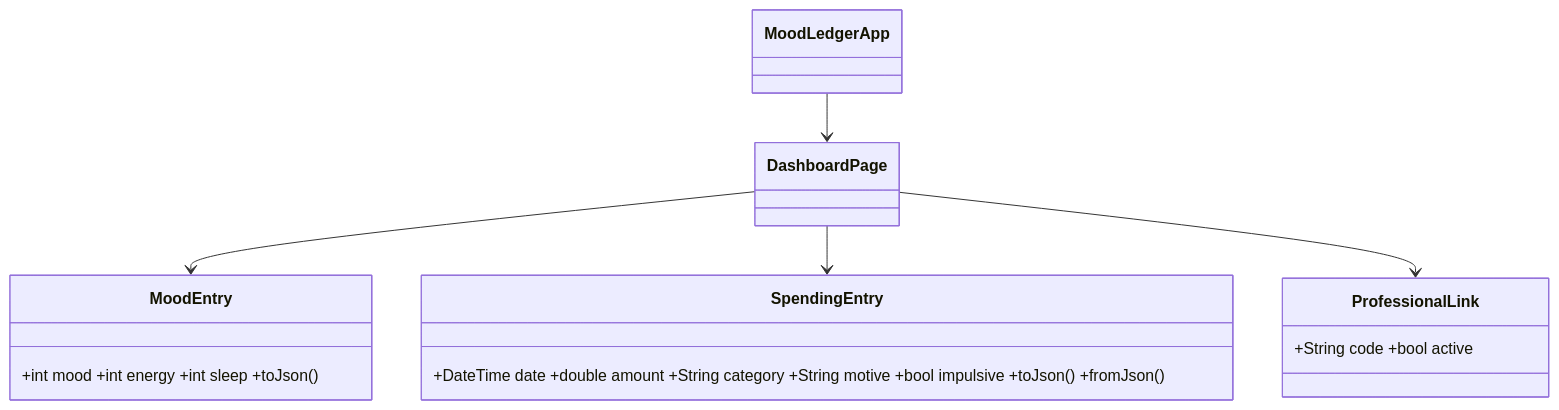
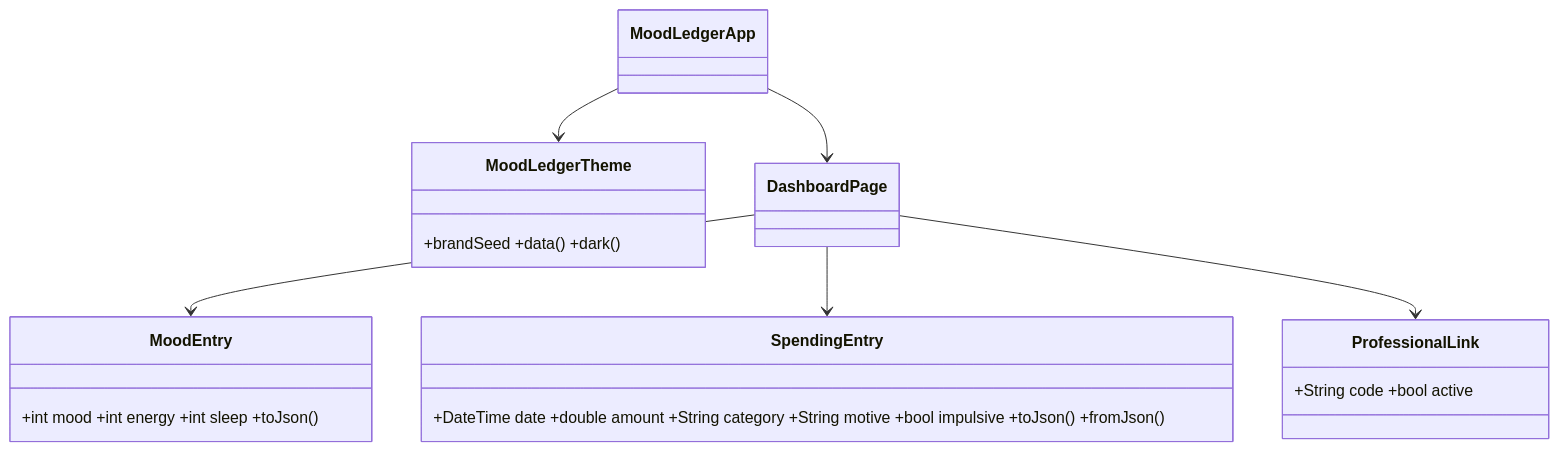
One commit to AloisioMagalhaes/bipolar-mood-spending-tracker changed the diagram in docs/diagrams/uml/02-class.mmd. Above: the diagram before and after it, drawn with Mermaid. The commit also changed 26 other files, not shown here.

```diff
--- a/docs/diagrams/uml/02-class.mmd
+++ b/docs/diagrams/uml/02-class.mmd
@@ -1,10 +1,12 @@
 classDiagram
 class MoodEntry {+int mood +int energy +int sleep +toJson()}
 class SpendingEntry {+DateTime date +double amount +String category +String motive +bool impulsive +toJson() +fromJson()}
 class MoodLedgerApp
+class MoodLedgerTheme {+brandSeed +data() +dark()}
 class DashboardPage
 MoodLedgerApp --> DashboardPage
+MoodLedgerApp --> MoodLedgerTheme
 DashboardPage --> MoodEntry
 DashboardPage --> SpendingEntry
 class ProfessionalLink {+String code +bool active}
 DashboardPage --> ProfessionalLink
```
